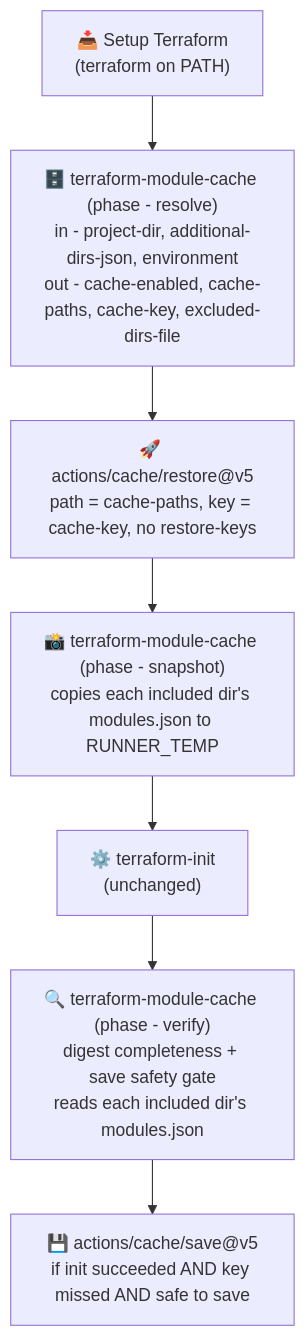
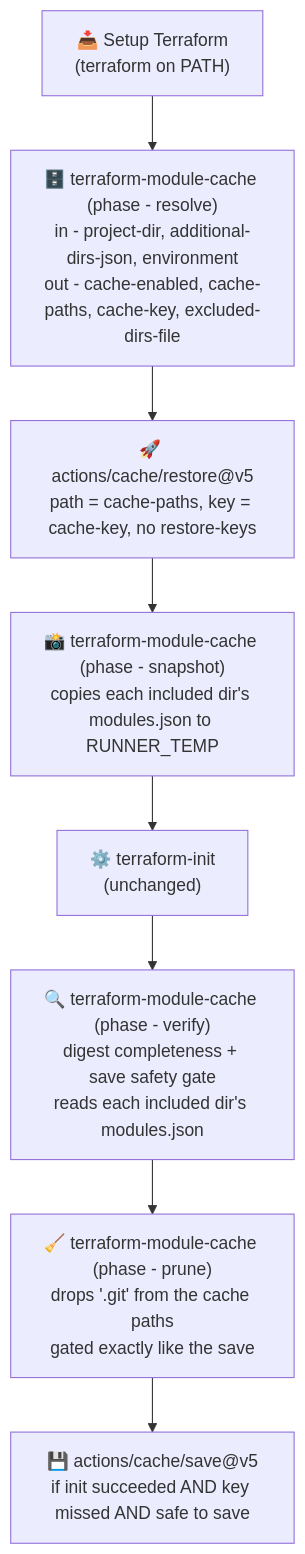
Before and after one commit to dsb-norge/github-actions-terraform: the diagram in docs/Terraform-module-cache.md, drawn with Mermaid. The commit also changed other lines of this file and 6 other files, not shown here.

````diff
--- a/docs/Terraform-module-cache.md
+++ b/docs/Terraform-module-cache.md
@@ -212,12 +212,13 @@
 ```mermaid
 flowchart TD
     setup["📥 Setup Terraform<br>(terraform on PATH)"]
     resolve["🗄️ terraform-module-cache (phase - resolve)<br>in - project-dir, additional-dirs-json, environment<br>out - cache-enabled, cache-paths, cache-key, excluded-dirs-file"]
     restore["🚀 actions/cache/restore@v5<br>path = cache-paths, key = cache-key, no restore-keys"]
     snap["📸 terraform-module-cache (phase - snapshot)<br>copies each included dir's modules.json to RUNNER_TEMP"]
     init["⚙️ terraform-init<br>(unchanged)"]
     verify["🔍 terraform-module-cache (phase - verify)<br>digest completeness + save safety gate<br>reads each included dir's modules.json"]
+    prune["🧹 terraform-module-cache (phase - prune)<br>drops '.git' from the cache paths<br>gated exactly like the save"]
     save["💾 actions/cache/save@v5<br>if init succeeded AND key missed AND safe to save"]
 
-    setup --> resolve --> restore --> snap --> init --> verify --> save
+    setup --> resolve --> restore --> snap --> init --> verify --> prune --> save
 ```
````
